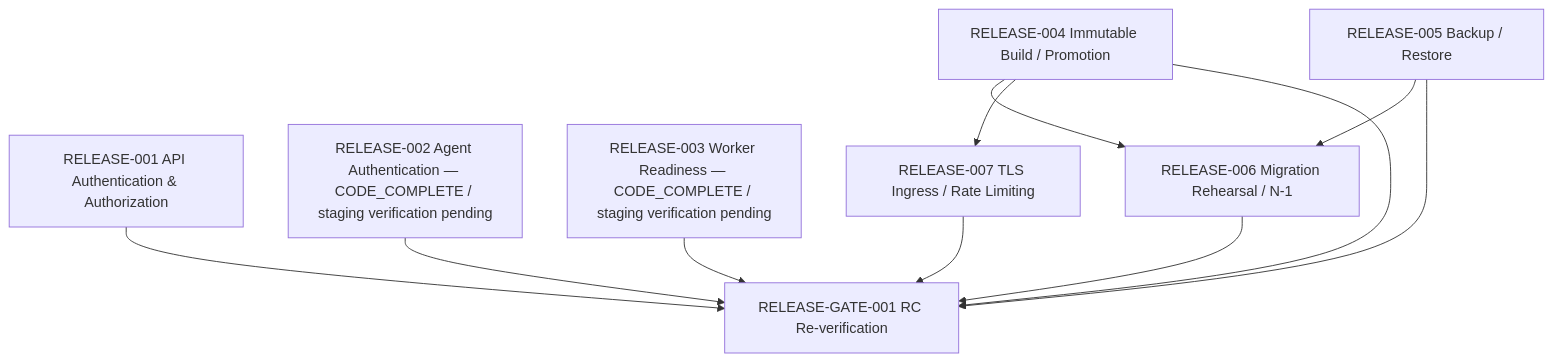
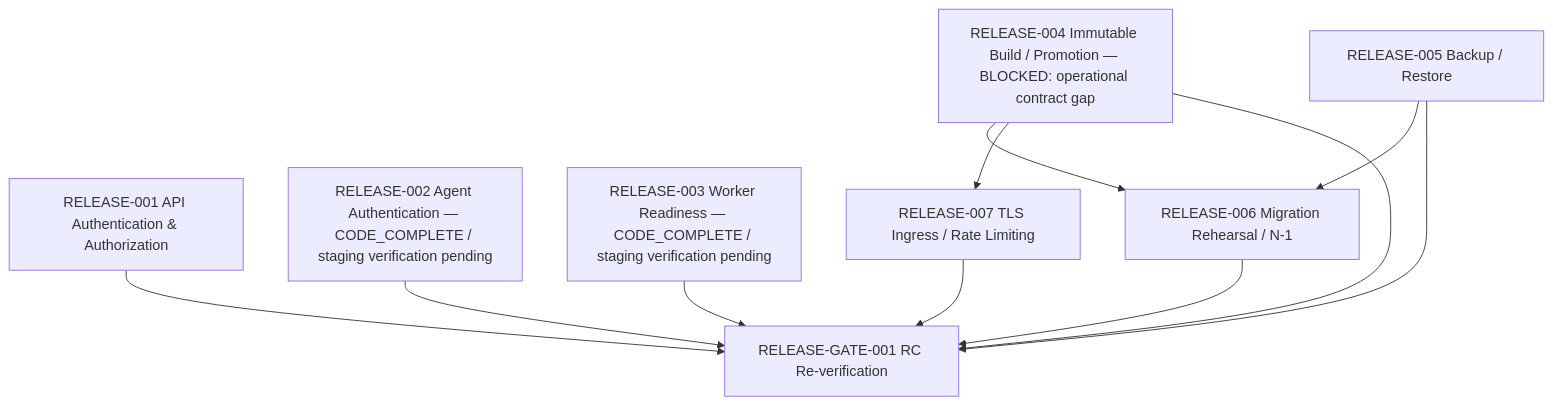
The diagram in docs/release/RELEASE_DEPENDENCY_GRAPH.md (duclee9x/itcenter), drawn with Mermaid before and after one commit. The commit also changed other lines of this file and 9 other files, not shown here.

Commit message:
Record RELEASE-004 deployment contract gap

````diff
--- a/docs/release/RELEASE_DEPENDENCY_GRAPH.md
+++ b/docs/release/RELEASE_DEPENDENCY_GRAPH.md
@@ -6,23 +6,23 @@
 ```mermaid
 flowchart TD
   R001[RELEASE-001 API Authentication & Authorization]
   R002[RELEASE-002 Agent Authentication — CODE_COMPLETE / staging verification pending]
   R003[RELEASE-003 Worker Readiness — CODE_COMPLETE / staging verification pending]
-  R004[RELEASE-004 Immutable Build / Promotion]
+  R004[RELEASE-004 Immutable Build / Promotion — BLOCKED: operational contract gap]
   R005[RELEASE-005 Backup / Restore]
   R006[RELEASE-006 Migration Rehearsal / N-1]
   R007[RELEASE-007 TLS Ingress / Rate Limiting]
   G001[RELEASE-GATE-001 RC Re-verification]
 
   R004 --> R006
   R005 --> R006
   R004 --> R007
 
   R001 --> G001
   R002 --> G001
   R003 --> G001
   R004 --> G001
   R005 --> G001
   R006 --> G001
   R007 --> G001
 ```
````
